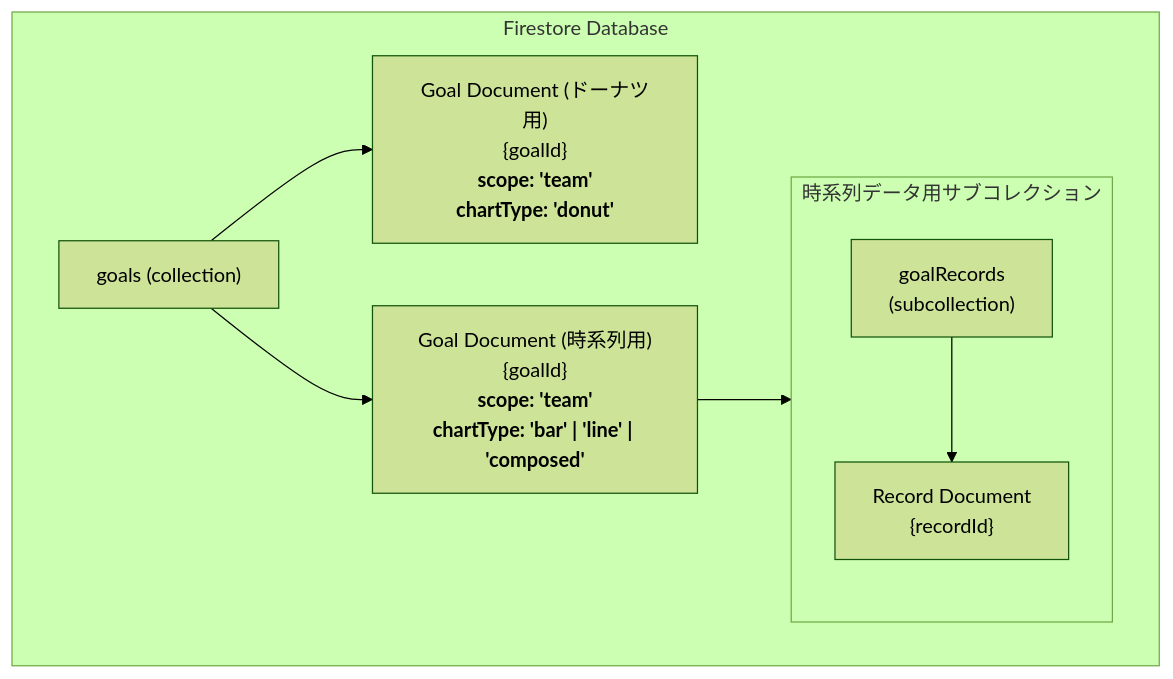
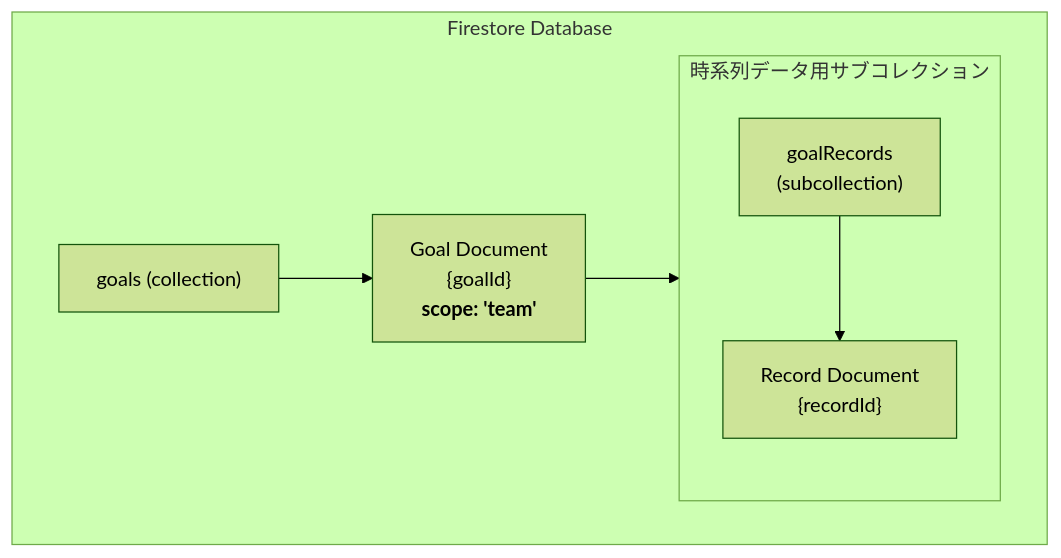
Before and after one commit to sy-YN/Admin_Philos: the diagram in docs/goal_feature_spec_organization.md, drawn with Mermaid (forest theme). The commit also changed other lines of this file, not shown here.

````diff
--- a/docs/goal_feature_spec_organization.md
+++ b/docs/goal_feature_spec_organization.md
@@ -17,21 +17,19 @@
 ```mermaid
 graph TD
     subgraph "Firestore Database"
         direction LR
 
         GoalsCollection["goals (collection)"]
-        GoalDoc_Donut["Goal Document (ドーナツ用)<br>{goalId}<br><b>scope: 'team'</b><br><b>chartType: 'donut'</b>"]
-        GoalDoc_Timeseries["Goal Document (時系列用)<br>{goalId}<br><b>scope: 'team'</b><br><b>chartType: 'bar' | 'line' | 'composed'</b>"]
+        GoalDoc["Goal Document<br>{goalId}<br><b>scope: 'team'</b>"]
         
         subgraph "時系列データ用サブコレクション"
             direction TB
             GoalRecords["goalRecords<br>(subcollection)"]
             RecordDoc["Record Document<br>{recordId}"]
         end
 
-        GoalsCollection --> GoalDoc_Donut
-        GoalsCollection --> GoalDoc_Timeseries
-        GoalDoc_Timeseries --> GoalRecords
+        GoalsCollection --> GoalDoc
+        GoalDoc --> GoalRecords
         GoalRecords --> RecordDoc
     end
 ```
````
